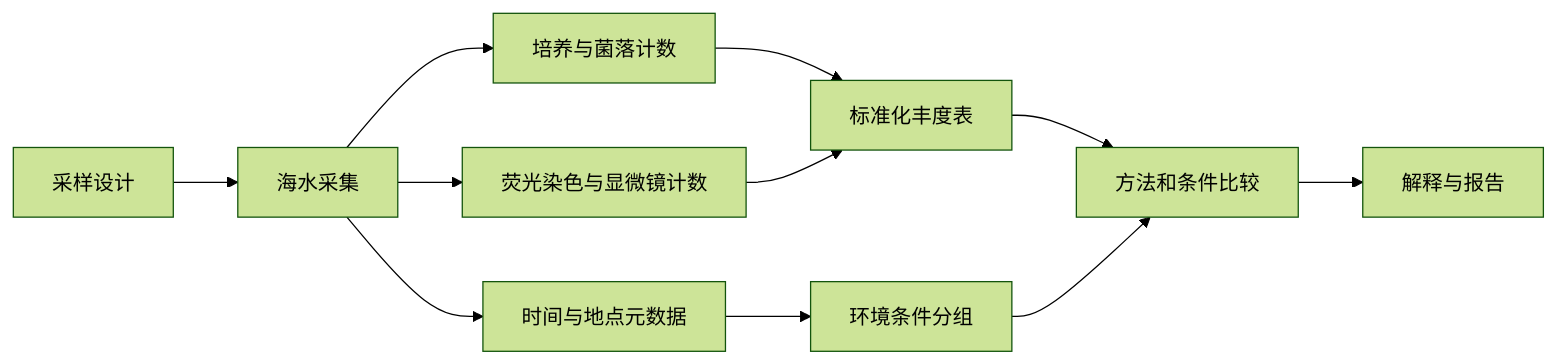
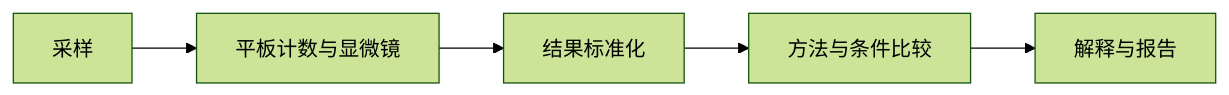
The diagram in projects/marine-microbial-analysis.zh-CN.md (Kandasorat/Kandasorat), drawn with Mermaid (forest theme) before and after one commit. The commit also changed 9 other files, not shown here.

Commit message:
docs: compact project workflow diagrams

````diff
--- a/projects/marine-microbial-analysis.zh-CN.md
+++ b/projects/marine-microbial-analysis.zh-CN.md
@@ -17,13 +17,7 @@
 ```mermaid
 flowchart LR
-    A[采样设计] --> B[海水采集]
-    B --> C[时间与地点元数据]
-    B --> D[培养与菌落计数]
-    B --> E[荧光染色与显微镜计数]
-    D --> F[标准化丰度表]
-    E --> F
-    C --> G[环境条件分组]
-    F --> H[方法和条件比较]
-    G --> H
-    H --> I[解释与报告]
+    A[采样] --> B[平板计数与显微镜]
+    B --> C[结果标准化]
+    C --> D[方法与条件比较]
+    D --> E[解释与报告]
 ```
````
